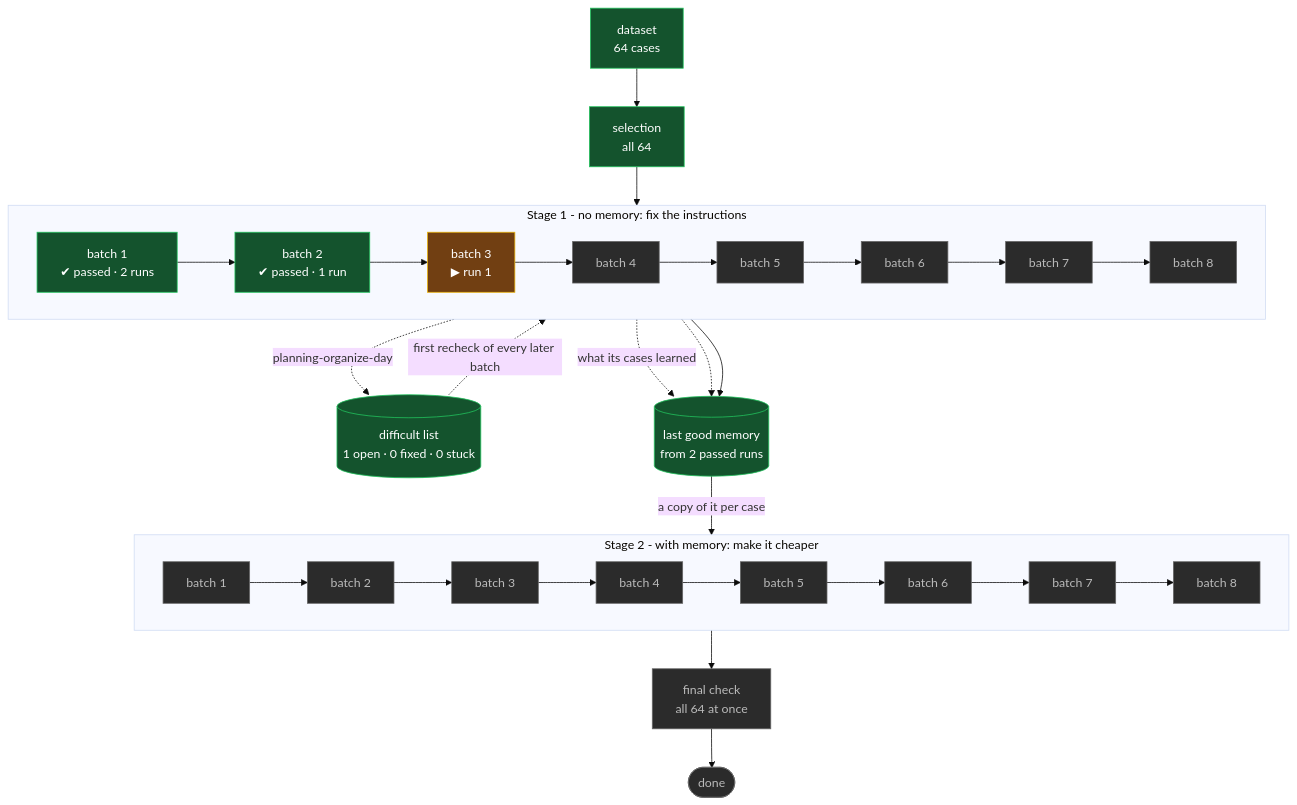
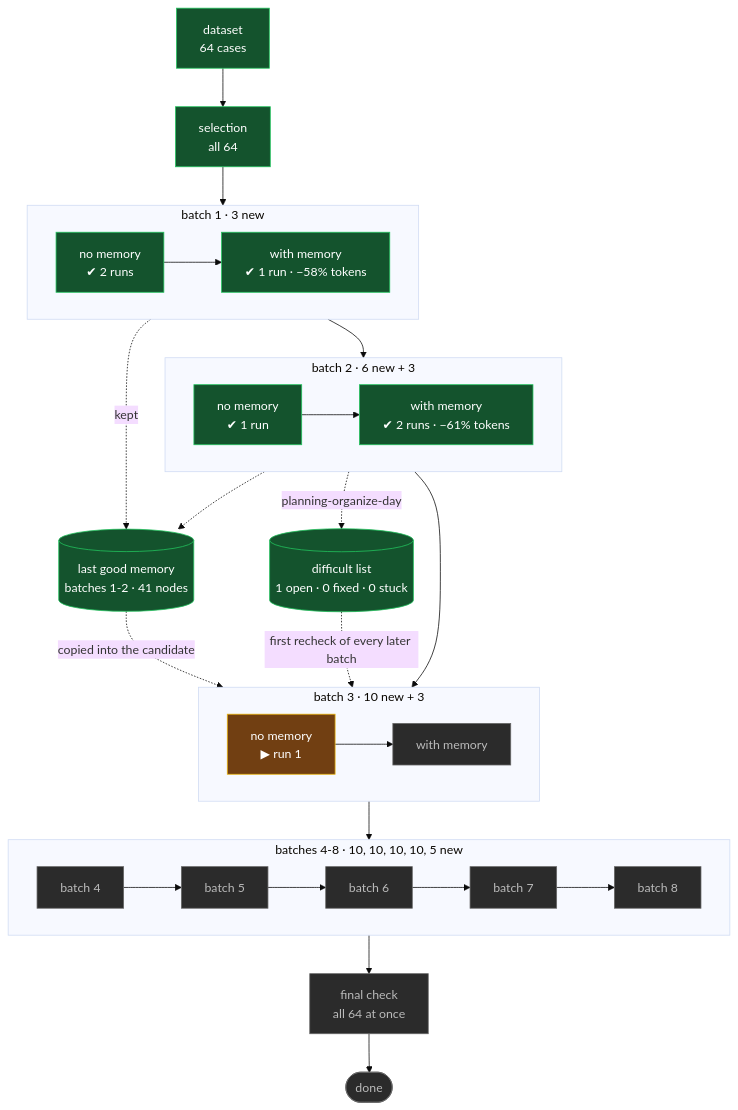
The second of 2 diagrams in packages/cli/templates/editor/.github/skills/zen-finetune/references/readme-template.md (andreyryabov/ZeneraNeo), drawn with Mermaid (base theme) before and after one commit. The commit also changed other lines of this file and 11 other files, not shown here.

````diff
--- a/packages/cli/templates/editor/.github/skills/zen-finetune/references/readme-template.md
+++ b/packages/cli/templates/editor/.github/skills/zen-finetune/references/readme-template.md
@@ -143,34 +152,43 @@
 ```mermaid
 flowchart TD
     DS["dataset<br/>64 cases"] --> SEL["selection<br/>all 64"]
     DIF[("difficult list<br/>1 open · 0 fixed · 0 stuck")]
-    MEM[("last good memory<br/>from 2 passed runs")]
+    MEM[("last good memory<br/>batches 1-2 · 41 nodes")]
 
-    subgraph S1["Stage 1 - no memory: fix the instructions"]
+    subgraph B1["batch 1 · 3 new"]
         direction LR
-        A1["batch 1<br/>✔ passed · 2 runs"] --> A2["batch 2<br/>✔ passed · 1 run"] --> A3["batch 3<br/>▶ run 1"] --> A4["batch 4"] --> A5["batch 5"] --> A6["batch 6"] --> A7["batch 7"] --> A8["batch 8"]
+        A1N["no memory<br/>✔ 2 runs"] --> A1M["with memory<br/>✔ 1 run · −58% tokens"]
+    end
+    subgraph B2["batch 2 · 6 new + 3"]
+        direction LR
+        A2N["no memory<br/>✔ 1 run"] --> A2M["with memory<br/>✔ 2 runs · −61% tokens"]
+    end
+    subgraph B3["batch 3 · 10 new + 3"]
+        direction LR
+        A3N["no memory<br/>▶ run 1"] --> A3M["with memory"]
+    end
+    subgraph REST["batches 4-8 · 10, 10, 10, 10, 5 new"]
+        direction LR
+        A4["batch 4"] --> A5["batch 5"] --> A6["batch 6"] --> A7["batch 7"] --> A8["batch 8"]
     end
 
-    subgraph S2["Stage 2 - with memory: make it cheaper"]
-        direction LR
-        B1["batch 1"] --> B2["batch 2"] --> B3["batch 3"] --> B4["batch 4"] --> B5["batch 5"] --> B6["batch 6"] --> B7["batch 7"] --> B8["batch 8"]
-    end
-
-    SEL --> A1
-    A1 -.->|"what its cases learned"| MEM
-    A2 -.-> MEM
-    A2 -.->|"planning-organize-day"| DIF
-    DIF -.->|"first recheck of every later batch"| A3
-    A8 --> MEM
-    MEM -->|"a copy of it per case"| B1
-    B8 --> FINAL["final check<br/>all 64 at once"] --> DONE(["done"])
+    SEL --> A1N
+    A1M --> A2N
+    A2M --> A3N
+    A3M --> A4
+    A1M -.->|"kept"| MEM
+    A2M -.-> MEM
+    A2N -.->|"planning-organize-day"| DIF
+    DIF -.->|"first recheck of every later batch"| A3N
+    MEM -.->|"copied into the candidate"| A3M
+    A8 --> FINAL["final check<br/>all 64 at once"] --> DONE(["done"])
 
     classDef done fill:#14532d,stroke:#22c55e,color:#fff
     classDef now fill:#713f12,stroke:#eab308,color:#fff
     classDef failed fill:#7f1d1d,stroke:#ef4444,color:#fff
     classDef ahead fill:#2b2b2b,stroke:#666,color:#bbb
 
-    class DS,SEL,A1,A2,MEM,DIF done
-    class A3 now
-    class A4,A5,A6,A7,A8,B1,B2,B3,B4,B5,B6,B7,B8,FINAL,DONE ahead
+    class DS,SEL,A1N,A1M,A2N,A2M,MEM,DIF done
+    class A3N now
+    class A3M,A4,A5,A6,A7,A8,FINAL,DONE ahead
 ```
````
